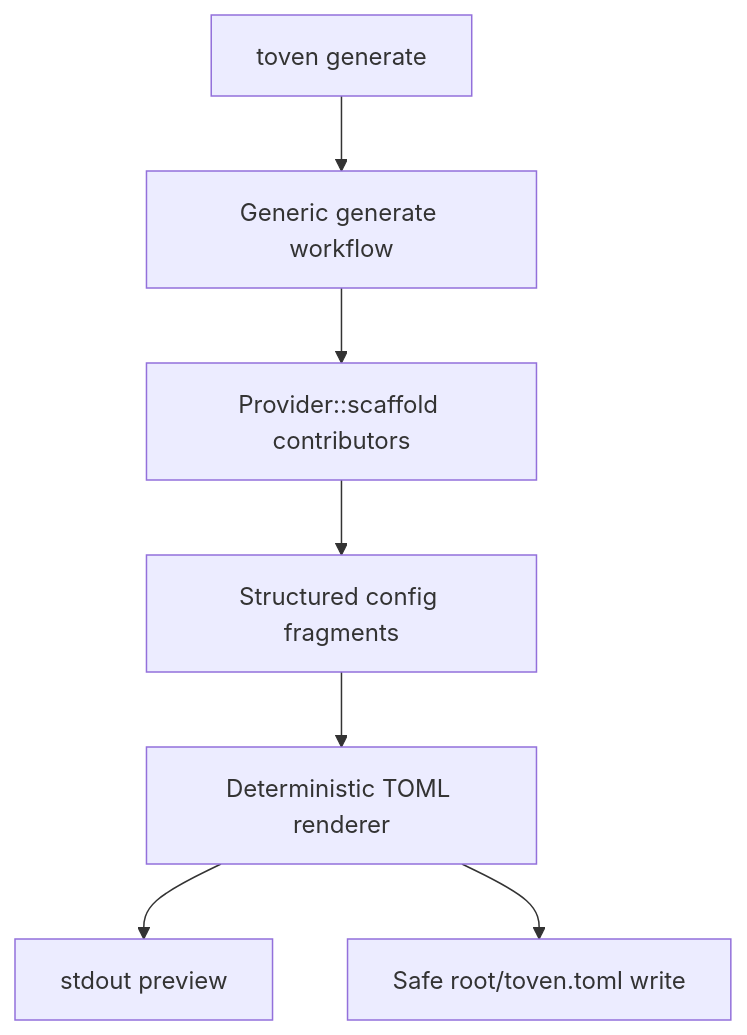
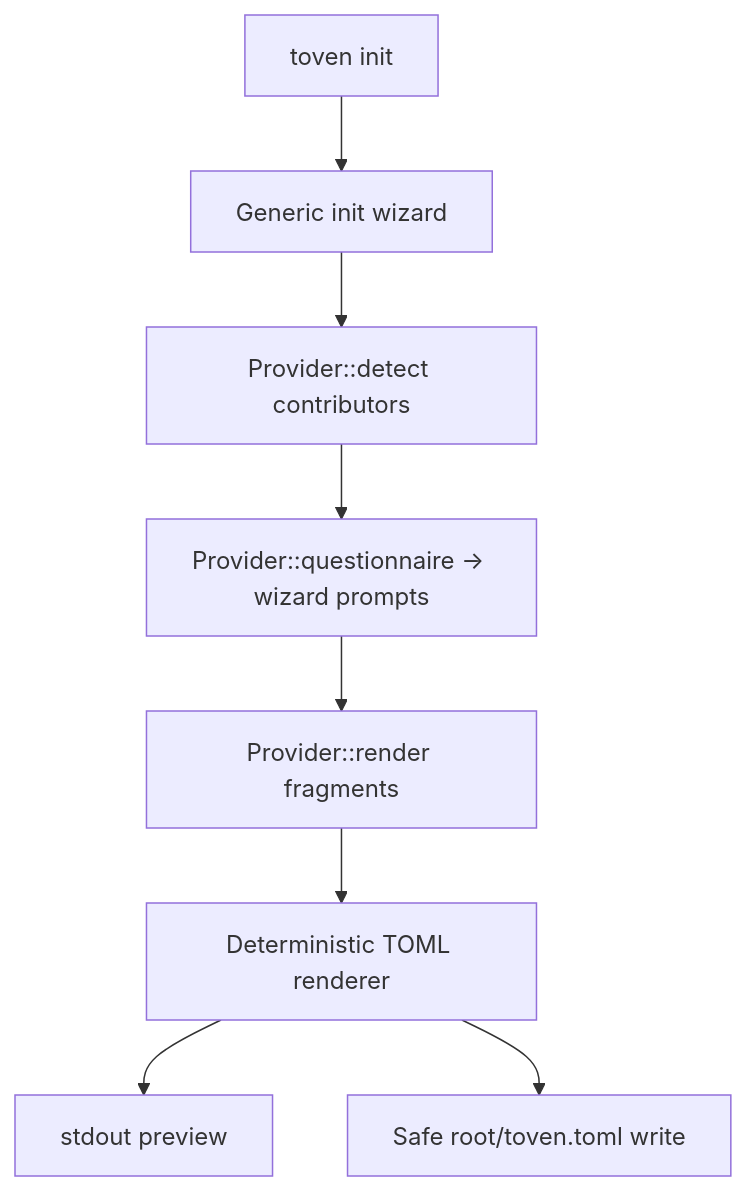
The sixth of 6 diagrams in docs/architecture.md (kbukum/toven), drawn with Mermaid before and after one commit. The commit also changed other lines of this file and 128 other files, not shown here.

First line of the commit message:
feat: introduce ScriptedAnswers double for deterministic questionnaire responses (#66)

````diff
--- a/docs/architecture.md
+++ b/docs/architecture.md
@@ -182,9 +210,10 @@
 ```mermaid
 flowchart TD
-    Generate[toven generate] --> Workflow[Generic generate workflow]
-    Workflow --> Contributors[Provider::scaffold contributors]
-    Contributors --> Fragments[Structured config fragments]
-    Fragments --> RenderToml[Deterministic TOML renderer]
+    Init[toven init] --> Workflow[Generic init wizard]
+    Workflow --> Detect[Provider::detect contributors]
+    Detect --> Ask[Provider::questionnaire -> wizard prompts]
+    Ask --> Render[Provider::render fragments]
+    Render --> RenderToml[Deterministic TOML renderer]
     RenderToml --> Preview[stdout preview]
     RenderToml --> Write[Safe root/toven.toml write]
 ```
````
